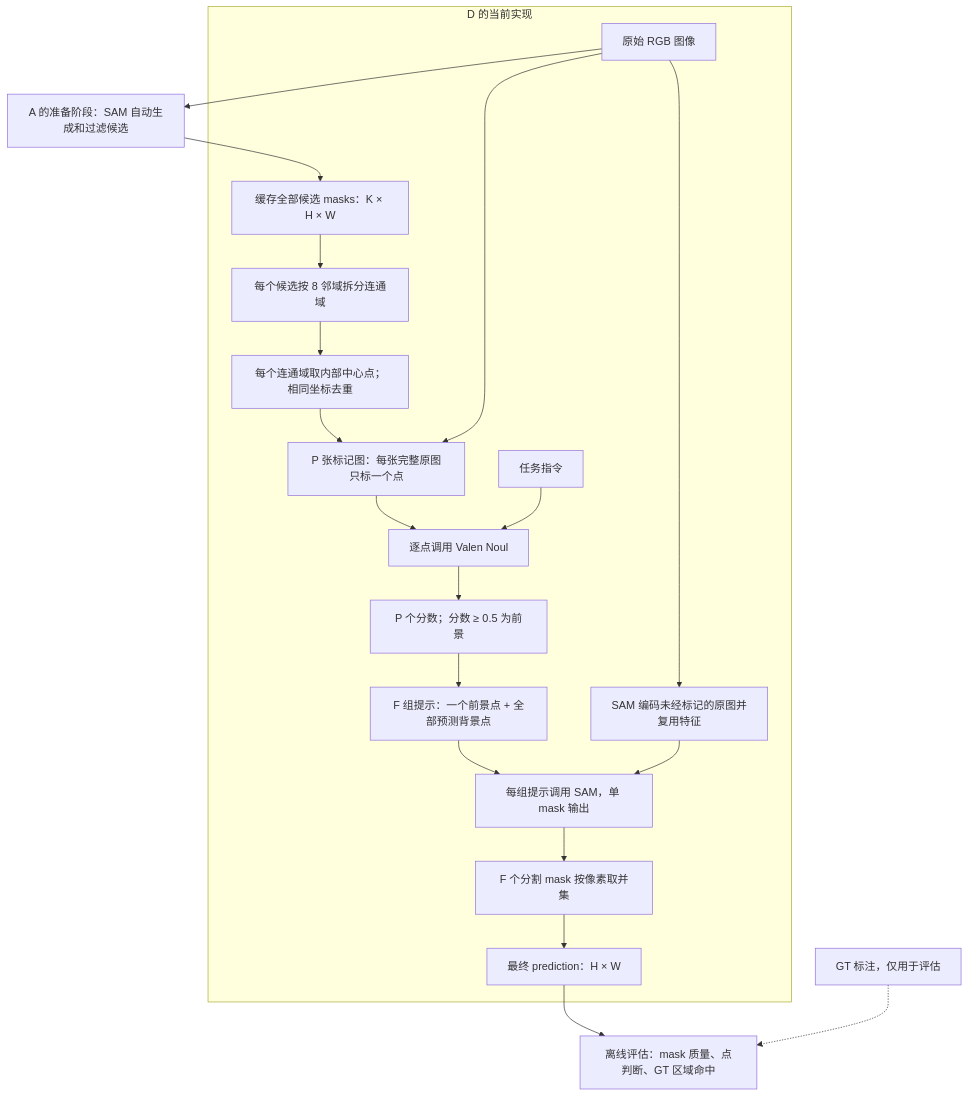
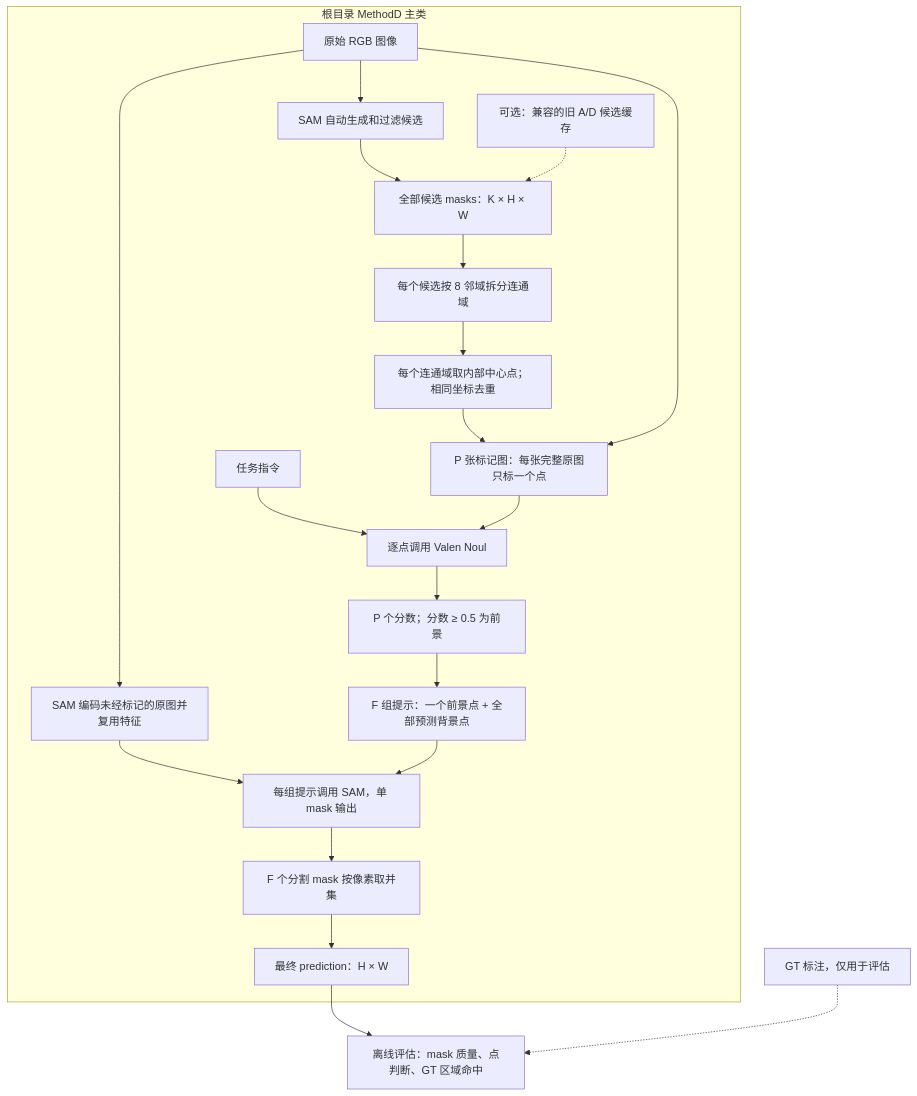
The diagram in docs/05_method_d_analysis_and_improvements.md (yutian929/SystemOneAffordance), drawn with Mermaid before and after one commit. The commit also changed other lines of this file and 14 other files, not shown here.

````diff
--- a/docs/05_method_d_analysis_and_improvements.md
+++ b/docs/05_method_d_analysis_and_improvements.md
@@ -30,24 +34,27 @@
 ```mermaid
 flowchart TD
-    IMAGE["原始 RGB 图像"] --> AUTO["A 的准备阶段：SAM 自动生成和过滤候选"]
-    AUTO --> CACHE["缓存全部候选 masks：K × H × W"]
+    IMAGE["原始 RGB 图像"]
+    OLD["可选：兼容的旧 A/D 候选缓存"]
 
-    subgraph METHOD_D["D 的当前实现"]
+    subgraph METHOD_D["根目录 MethodD 主类"]
+        IMAGE --> AUTO["SAM 自动生成和过滤候选"]
+        AUTO --> CACHE["全部候选 masks：K × H × W"]
+        OLD -.-> CACHE
         CACHE --> COMPONENTS["每个候选按 8 邻域拆分连通域"]
         COMPONENTS --> POINTS["每个连通域取内部中心点；相同坐标去重"]
         POINTS --> MARKED["P 张标记图：每张完整原图只标一个点"]
         IMAGE --> MARKED
         INSTRUCTION["任务指令"] --> VALEN["逐点调用 Valen Noul"]
         MARKED --> VALEN
         VALEN --> LABELS["P 个分数；分数 ≥ 0.5 为前景"]
         LABELS --> PROMPTS["F 组提示：一个前景点 + 全部预测背景点"]
         IMAGE --> FEATURES["SAM 编码未经标记的原图并复用特征"]
         FEATURES --> SEGMENT["每组提示调用 SAM，单 mask 输出"]
         PROMPTS --> SEGMENT
         SEGMENT --> UNION["F 个分割 mask 按像素取并集"]
         UNION --> PREDICTION["最终 prediction：H × W"]
     end
 
     PREDICTION --> EVAL["离线评估：mask 质量、点判断、GT 区域命中"]
     GT["GT 标注，仅用于评估"] -.-> EVAL
 ```
````
